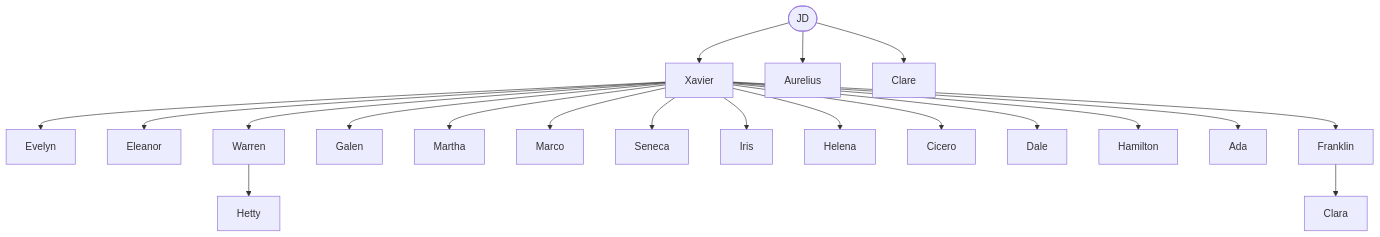
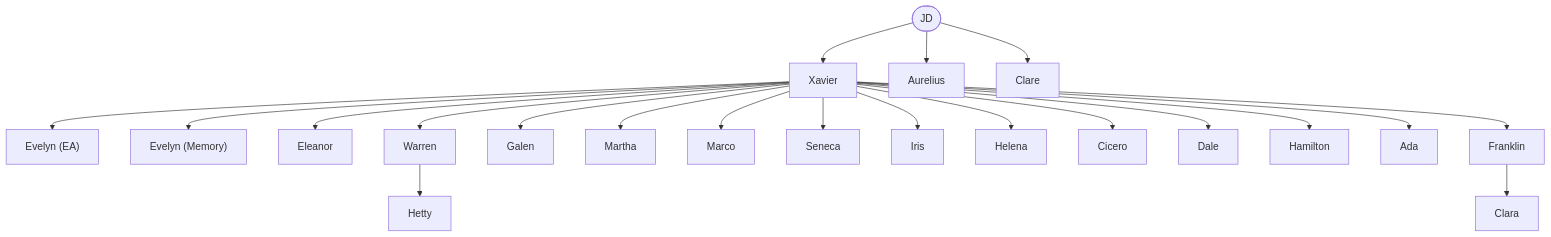
The second of 5 diagrams in org/ORG_CHART.md (JDKristenson/hivefind), drawn with Mermaid before and after one commit. The commit also changed other lines of this file and 30 other files, not shown here.

First line of the commit message:
refactor: migrate HiveFind to Notion-first architecture

````diff
--- a/org/ORG_CHART.md
+++ b/org/ORG_CHART.md
@@ -84,26 +85,27 @@
 ```mermaid
 flowchart TB
     JD(["JD"])
 
     JD --> Xavier["Xavier"]
     JD --> Aurelius["Aurelius"]
     JD --> Clare["Clare"]
 
-    Xavier --> Evelyn["Evelyn"]
+    Xavier --> Evelyn["Evelyn (EA)"]
+    Xavier --> Evelyn_Mem["Evelyn (Memory)"]
     Xavier --> Eleanor["Eleanor"]
     Xavier --> Warren["Warren"]
     Xavier --> Galen["Galen"]
     Xavier --> Martha["Martha"]
     Xavier --> Marco["Marco"]
     Xavier --> Seneca["Seneca"]
     Xavier --> Iris["Iris"]
     Xavier --> Helena["Helena"]
     Xavier --> Cicero["Cicero"]
     Xavier --> Dale["Dale"]
     Xavier --> Hamilton["Hamilton"]
     Xavier --> Ada["Ada"]
     Xavier --> Franklin["Franklin"]
 
     Warren --> Hetty["Hetty"]
     Franklin --> Clara["Clara"]
 ```
````
